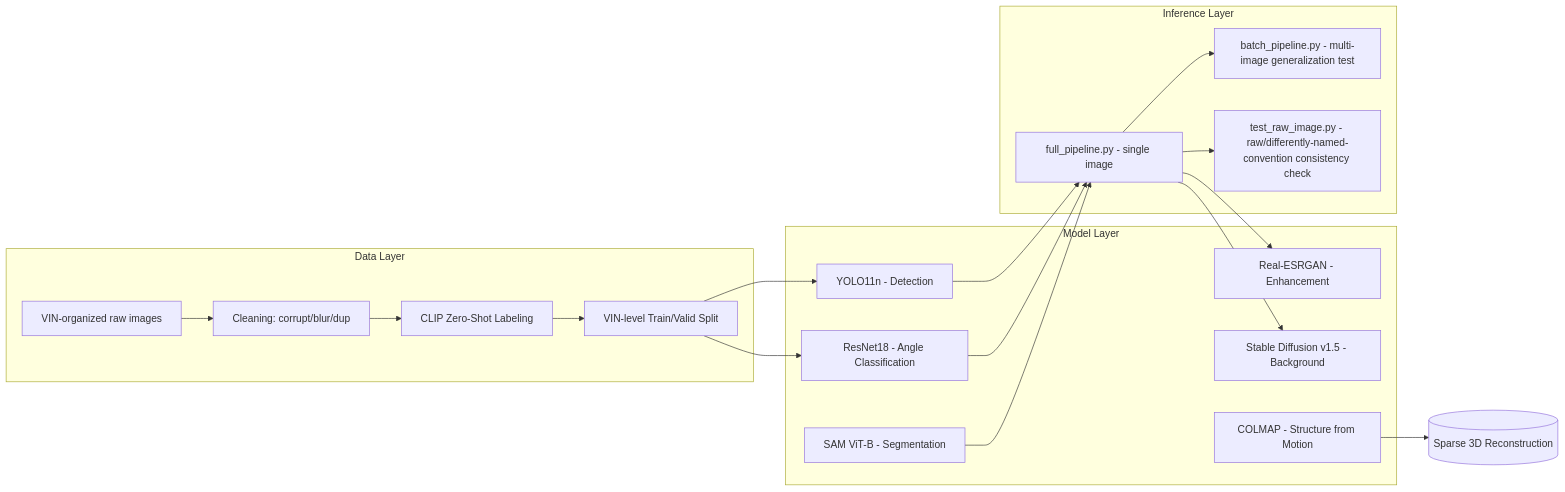
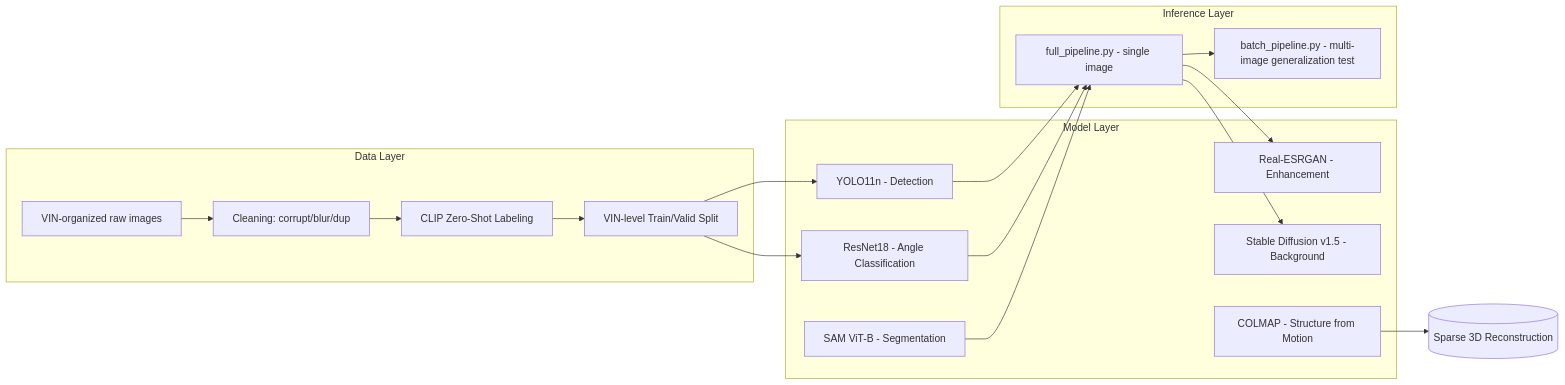
The second of 2 diagrams in README.md (TannuRajput77/spyne-ai-clone), drawn with Mermaid before and after one commit. The commit also changed other lines of this file, not shown here.

````diff
--- a/README.md
+++ b/README.md
@@ -113,31 +126,29 @@
 ```mermaid
 flowchart LR
     subgraph Data Layer
         D1[VIN-organized raw images] --> D2[Cleaning: corrupt/blur/dup]
         D2 --> D3[CLIP Zero-Shot Labeling]
         D3 --> D4[VIN-level Train/Valid Split]
     end
     subgraph Model Layer
         M1[YOLO11n - Detection]
         M2[ResNet18 - Angle Classification]
         M3[SAM ViT-B - Segmentation]
         M4[Real-ESRGAN - Enhancement]
         M5[Stable Diffusion v1.5 - Background]
         M6[COLMAP - Structure from Motion]
     end
     subgraph Inference Layer
         I1[full_pipeline.py - single image]
         I2[batch_pipeline.py - multi-image generalization test]
-        I3[test_raw_image.py - raw/differently-named-convention consistency check]
     end
     D4 --> M1
     D4 --> M2
     M1 --> I1
     M2 --> I1
     M3 --> I1
     I1 --> M4
     I1 --> M5
     I1 --> I2
-    I1 --> I3
     M6 --> R1[(Sparse 3D Reconstruction)]
 ```
````
